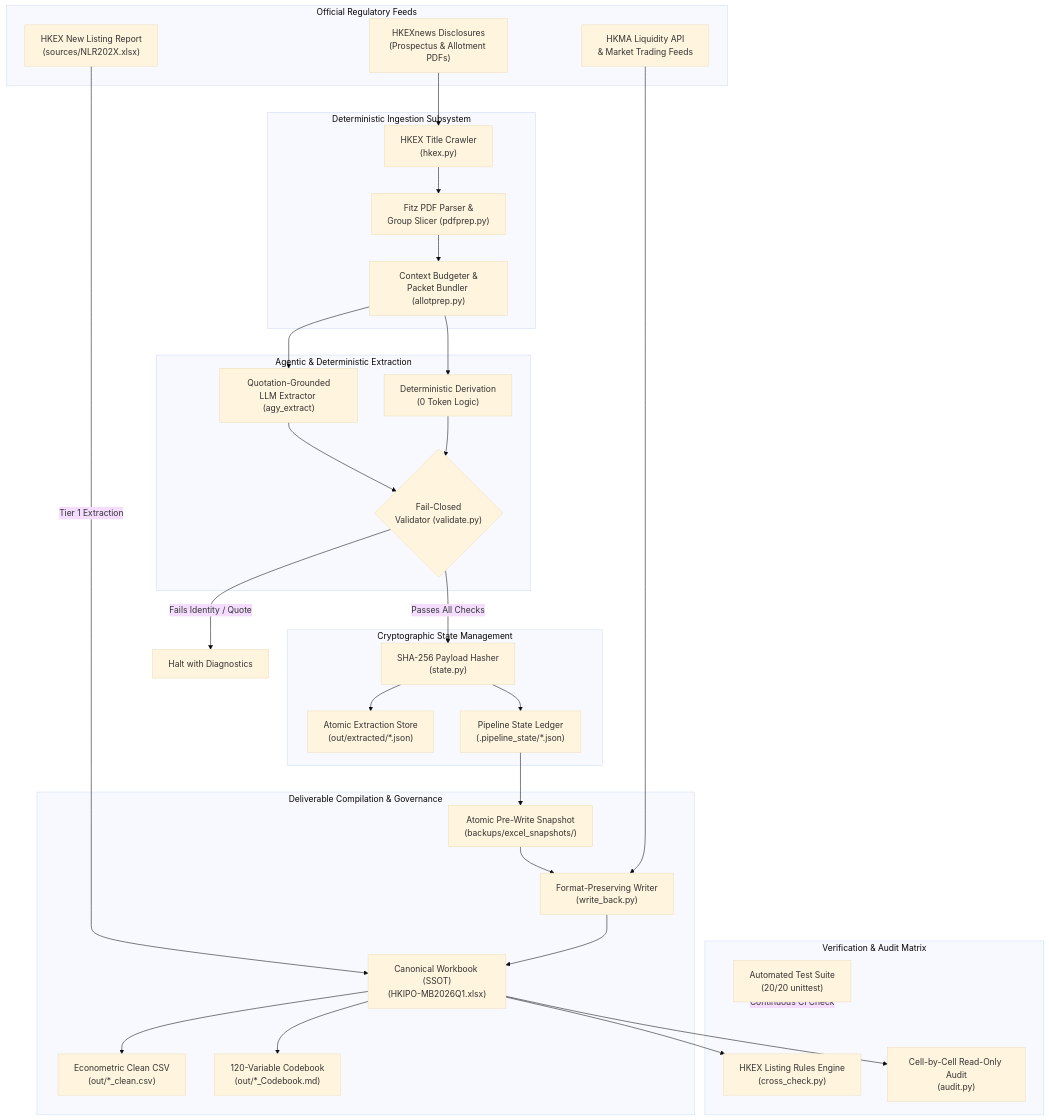
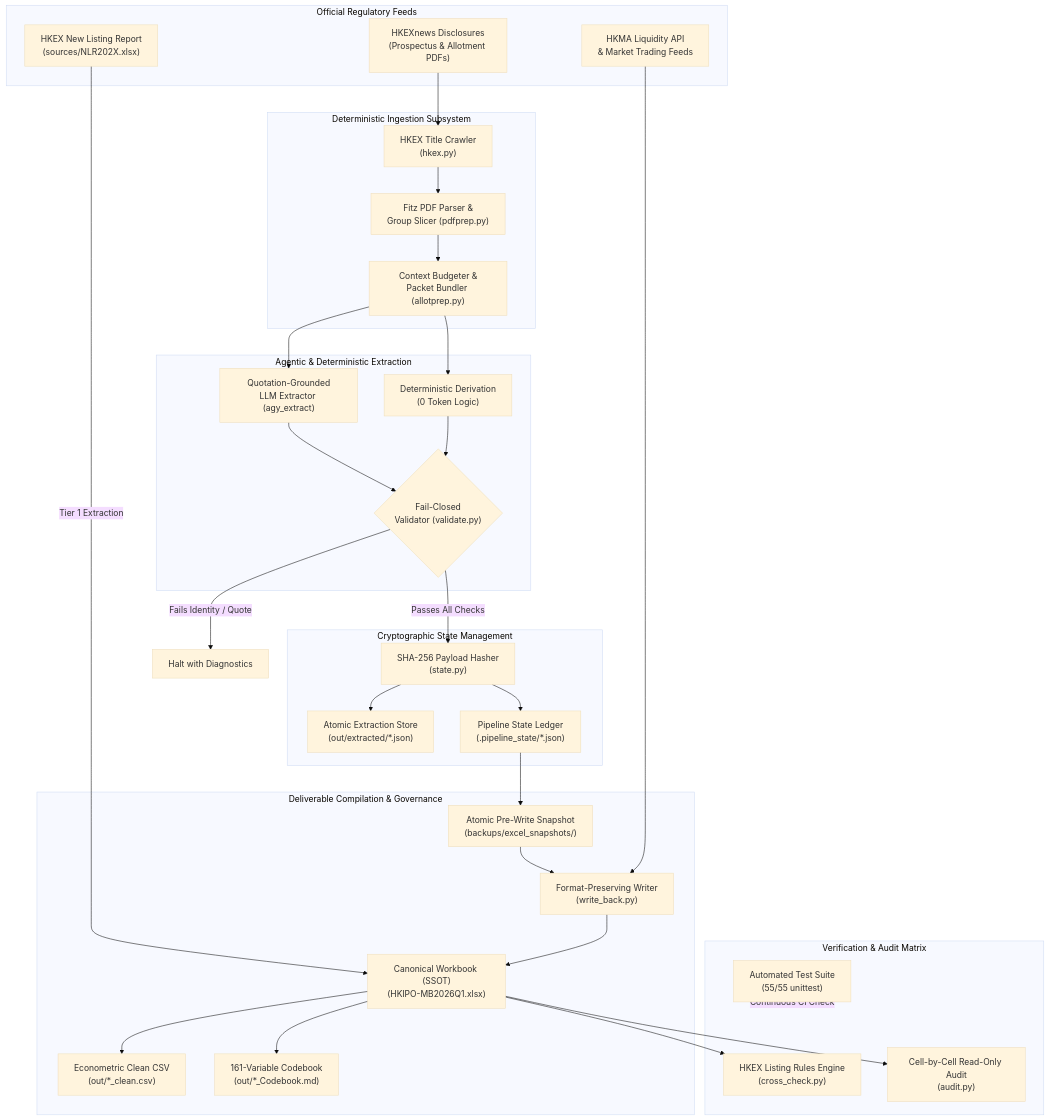
One commit to GZ-November/urop-hk-ipo changed the diagram in Data Collecting Pipeline/SYSTEM_MANAGEMENT.md. Above: the diagram before and after it, drawn with Mermaid (base theme). The commit also changed other lines of this file and 43 other files, not shown here.

````diff
--- a/Data Collecting Pipeline/SYSTEM_MANAGEMENT.md
+++ b/Data Collecting Pipeline/SYSTEM_MANAGEMENT.md
@@ -33,60 +33,60 @@
 ```mermaid
 flowchart TD
     subgraph Regulatory_Sources["Official Regulatory Feeds"]
         HKEX_NLR["HKEX New Listing Report\n(sources/NLR202X.xlsx)"]
         HKEX_News["HKEXnews Disclosures\n(Prospectus & Allotment PDFs)"]
         HKMA_API["HKMA Liquidity API\n& Market Trading Feeds"]
     end
 
     subgraph Ingestion_Engine["Deterministic Ingestion Subsystem"]
         Crawler["HKEX Title Crawler\n(hkex.py)"]
         PDF_Slicer["Fitz PDF Parser &\nGroup Slicer (pdfprep.py)"]
         Packet_Gen["Context Budgeter &\nPacket Bundler (allotprep.py)"]
     end
 
     subgraph Extraction_Validation["Agentic & Deterministic Extraction"]
         LLM_Agent["Quotation-Grounded\nLLM Extractor (agy_extract)"]
         Det_Derive["Deterministic Derivation\n(0 Token Logic)"]
         Val_Gate{"Fail-Closed\nValidator (validate.py)"}
     end
 
     subgraph State_Ledger["Cryptographic State Management"]
         Hash_Signer["SHA-256 Payload Hasher\n(state.py)"]
         JSON_Store["Atomic Extraction Store\n(out/extracted/*.json)"]
         Audit_Ledger["Pipeline State Ledger\n(.pipeline_state/*.json)"]
     end
 
     subgraph Quality_Assurance["Verification & Audit Matrix"]
         Rules_Engine["HKEX Listing Rules Engine\n(cross_check.py)"]
         Cell_Auditor["Cell-by-Cell Read-Only Audit\n(audit.py)"]
-        Test_Suite["Automated Test Suite\n(20/20 unittest)"]
+        Test_Suite["Automated Test Suite\n(55/55 unittest)"]
     end
 
     subgraph Delivery_Layer["Deliverable Compilation & Governance"]
         Snapshot_Mgr["Atomic Pre-Write Snapshot\n(backups/excel_snapshots/)"]
         Excel_Writer["Format-Preserving Writer\n(write_back.py)"]
         Workbook["Canonical Workbook (SSOT)\n(HKIPO-MB2026Q1.xlsx)"]
         CSV_Export["Econometric Clean CSV\n(out/*_clean.csv)"]
-        Codebook["120-Variable Codebook\n(out/*_Codebook.md)"]
+        Codebook["161-Variable Codebook\n(out/*_Codebook.md)"]
     end
 
     HKEX_NLR -->|Tier 1 Extraction| Workbook
     HKEX_News --> Crawler --> PDF_Slicer --> Packet_Gen
     Packet_Gen --> LLM_Agent --> Val_Gate
     Packet_Gen --> Det_Derive --> Val_Gate
 
     Val_Gate -->|Fails Identity / Quote| Halt["Halt with Diagnostics"]
     Val_Gate -->|Passes All Checks| Hash_Signer
 
     Hash_Signer --> JSON_Store
     Hash_Signer --> Audit_Ledger
 
     Audit_Ledger --> Snapshot_Mgr --> Excel_Writer --> Workbook
     HKMA_API --> Excel_Writer
 
     Workbook --> Cell_Auditor
     Workbook --> Rules_Engine
     Workbook --> CSV_Export
     Workbook --> Codebook
     Test_Suite -.->|Continuous CI Check| Quality_Assurance
 ```
````
